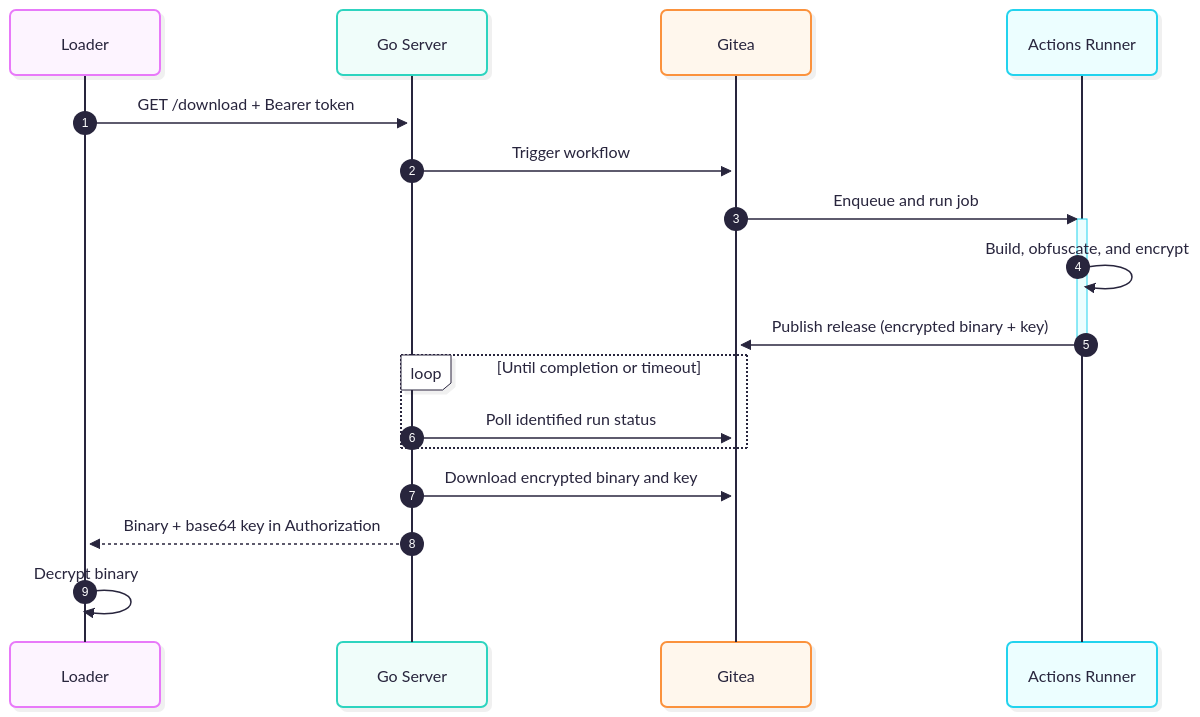
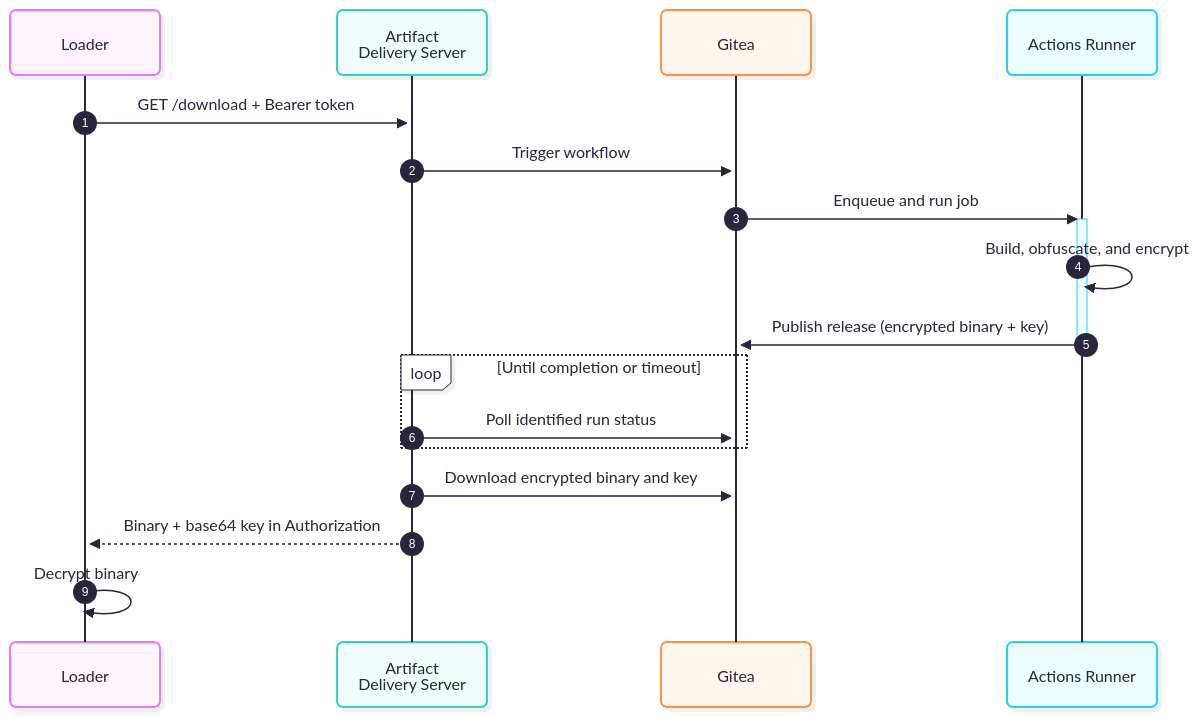
The diagram in README.md (nchgroup/artifact-delivery-server), drawn with Mermaid before and after one commit. The commit also changed other lines of this file and 6 other files, not shown here.

````diff
--- a/README.md
+++ b/README.md
@@ -97,27 +97,27 @@
 ```mermaid
 ---
 config:
   theme: redux-color
   look: neo
 ---
 sequenceDiagram
     autonumber
     participant Client as Loader
-    participant Srv as Go Server
+    participant Srv as Artifact <br> Delivery Server
     participant Gitea as Gitea
     participant CI as Actions Runner
 
     Client->>Srv: GET /download + Bearer token
     Srv->>Gitea: Trigger workflow
     Gitea->>CI: Enqueue and run job
     activate CI
     CI->>CI: Build, obfuscate, and encrypt
     CI->>Gitea: Publish release (encrypted binary + key)
     deactivate CI
     loop Until completion or timeout
         Srv->>Gitea: Poll identified run status
     end
     Srv->>Gitea: Download encrypted binary and key
     Srv-->>Client: Binary + base64 key in Authorization
     Client->>Client: Decrypt binary
 ```
````
